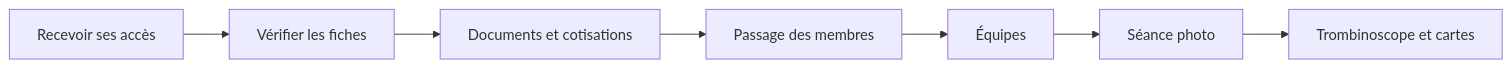
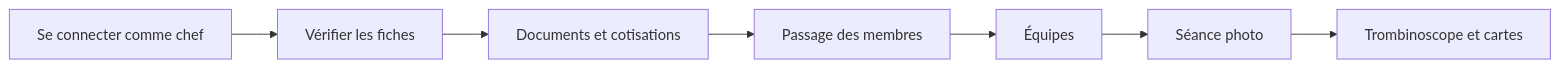
Before and after one commit to samerc/GNDJ_Gestion_Groupe: the first of 4 diagrams in docs/help/guide-chef-unite.md, drawn with Mermaid. The commit also changed other lines of this file and 2 other files, not shown here.

````diff
--- a/docs/help/guide-chef-unite.md
+++ b/docs/help/guide-chef-unite.md
@@ -29,9 +29,9 @@
 ```mermaid
 flowchart LR
-    A[Recevoir ses accès] --> B[Vérifier les fiches]
+    A[Se connecter comme chef] --> B[Vérifier les fiches]
     B --> C[Documents et cotisations]
     C --> D[Passage des membres]
     D --> E[Équipes]
     E --> F[Séance photo]
     F --> G[Trombinoscope et cartes]
 ```
````
